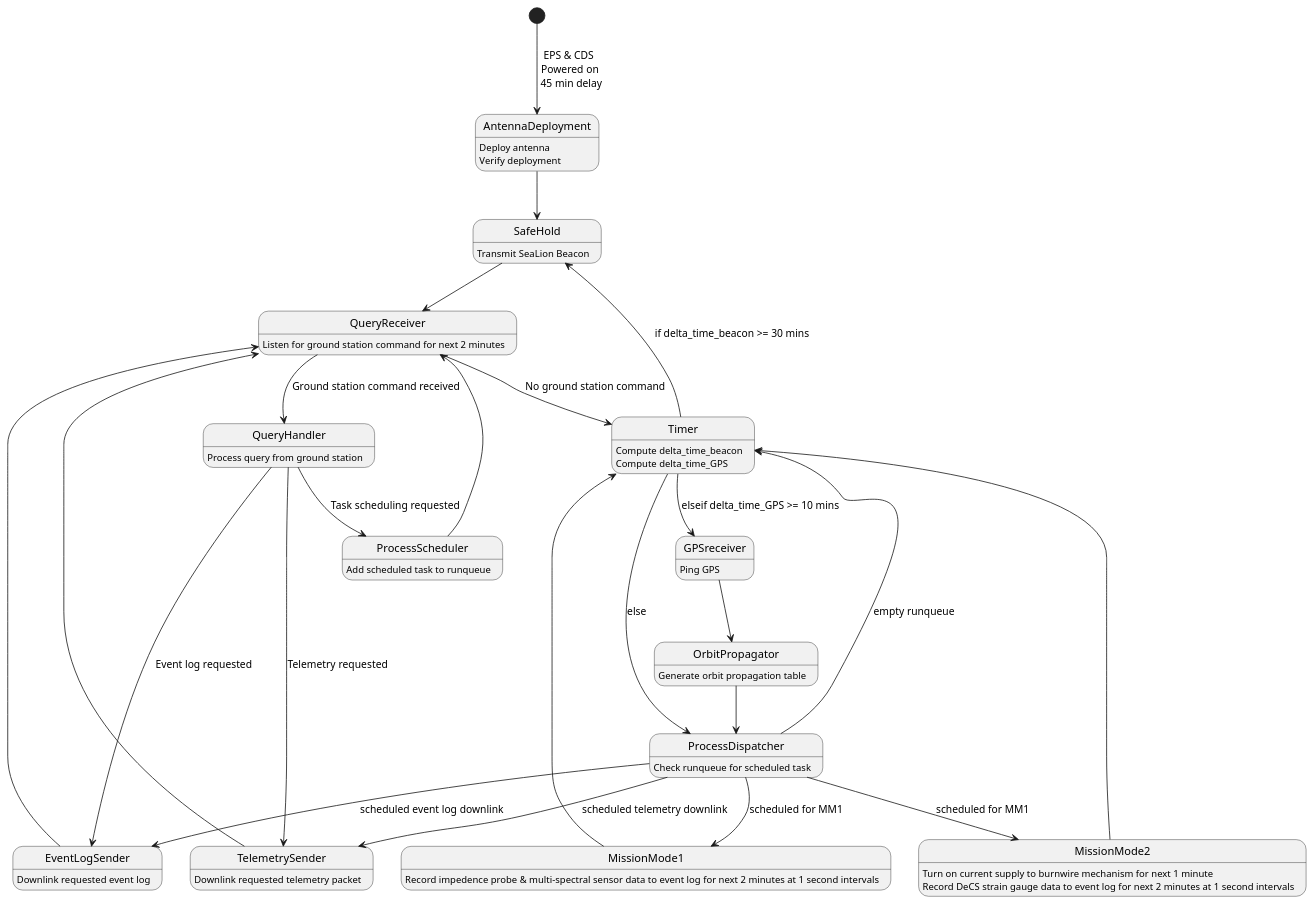
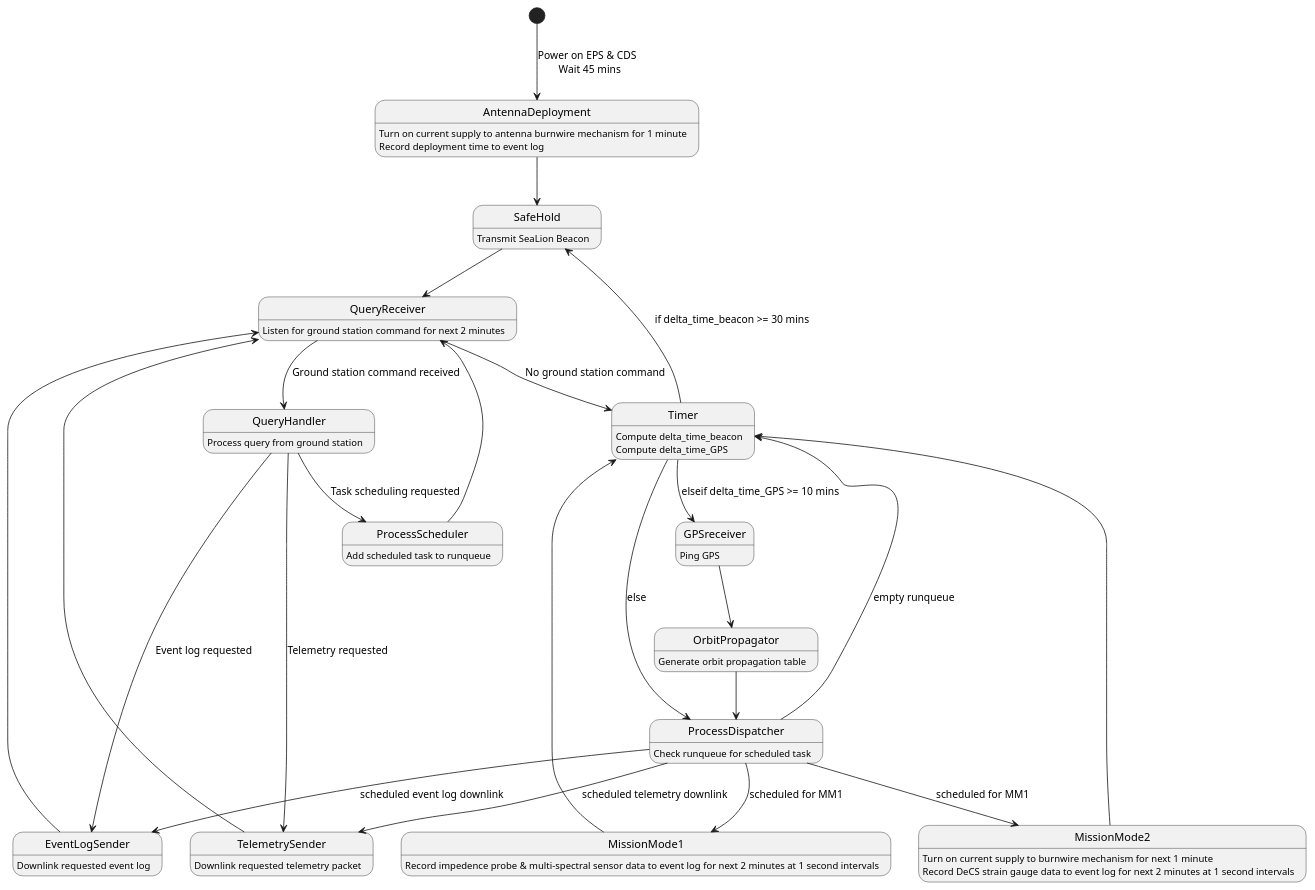
Before and after one commit to ODU-CGA-CubeSat/FSW: the diagram in fsw-architecture/operating-mode-as-fsm.puml, drawn with PlantUML.

Commit message:
revise verbiage for power-on sequence

```diff
--- a/fsw-architecture/operating-mode-as-fsm.puml
+++ b/fsw-architecture/operating-mode-as-fsm.puml
@@ -1,56 +1,56 @@
 @startuml
 
 state AntennaDeployment
-      AntennaDeployment : Deploy antenna
-      AntennaDeployment : Verify deployment
+      AntennaDeployment : Turn on current supply to antenna burnwire mechanism for 1 minute
+      AntennaDeployment : Record deployment time to event log
 state SafeHold
       SafeHold : Transmit SeaLion Beacon
 state QueryReceiver
       QueryReceiver : Listen for ground station command for next 2 minutes
 state TelemetrySender
       TelemetrySender : Downlink requested telemetry packet
 state EventLogSender
       EventLogSender : Downlink requested event log
 state Timer
       Timer : Compute delta_time_beacon
       Timer : Compute delta_time_GPS
 state MissionMode1
       MissionMode1 : Record impedence probe & multi-spectral sensor data to event log for next 2 minutes at 1 second intervals
 state MissionMode2
       MissionMode2 : Turn on current supply to burnwire mechanism for next 1 minute
       MissionMode2 : Record DeCS strain gauge data to event log for next 2 minutes at 1 second intervals
 state ProcessDispatcher
       ProcessDispatcher : Check runqueue for scheduled task
 state OrbitPropagator
       OrbitPropagator : Generate orbit propagation table
 state GPSreceiver
       GPSreceiver : Ping GPS
 state QueryHandler
       QueryHandler : Process query from ground station
 state ProcessScheduler
       ProcessScheduler : Add scheduled task to runqueue
 
-[*] --> AntennaDeployment : EPS & CDS \n Powered on \n 45 min delay
+[*] --> AntennaDeployment : Power on EPS & CDS \n Wait 45 mins
 AntennaDeployment --> SafeHold
 SafeHold --> QueryReceiver
 QueryReceiver --> QueryHandler : Ground station command received
 QueryReceiver --> Timer : No ground station command
 QueryHandler --> TelemetrySender : Telemetry requested
 QueryHandler --> EventLogSender : Event log requested
 QueryHandler --> ProcessScheduler : Task scheduling requested
 TelemetrySender --> QueryReceiver
 EventLogSender --> QueryReceiver
 ProcessScheduler --> QueryReceiver
 MissionMode1 --> Timer
 MissionMode2 --> Timer
 GPSreceiver --> OrbitPropagator
 OrbitPropagator --> ProcessDispatcher
 Timer --> SafeHold : if delta_time_beacon >= 30 mins
 Timer --> GPSreceiver : elseif delta_time_GPS >= 10 mins
 Timer --> ProcessDispatcher : else
 ProcessDispatcher --> MissionMode1 : scheduled for MM1
 ProcessDispatcher --> MissionMode2 : scheduled for MM1
 ProcessDispatcher --> Timer : empty runqueue
 ProcessDispatcher --> EventLogSender : scheduled event log downlink
 ProcessDispatcher --> TelemetrySender : scheduled telemetry downlink
 @enduml
```
